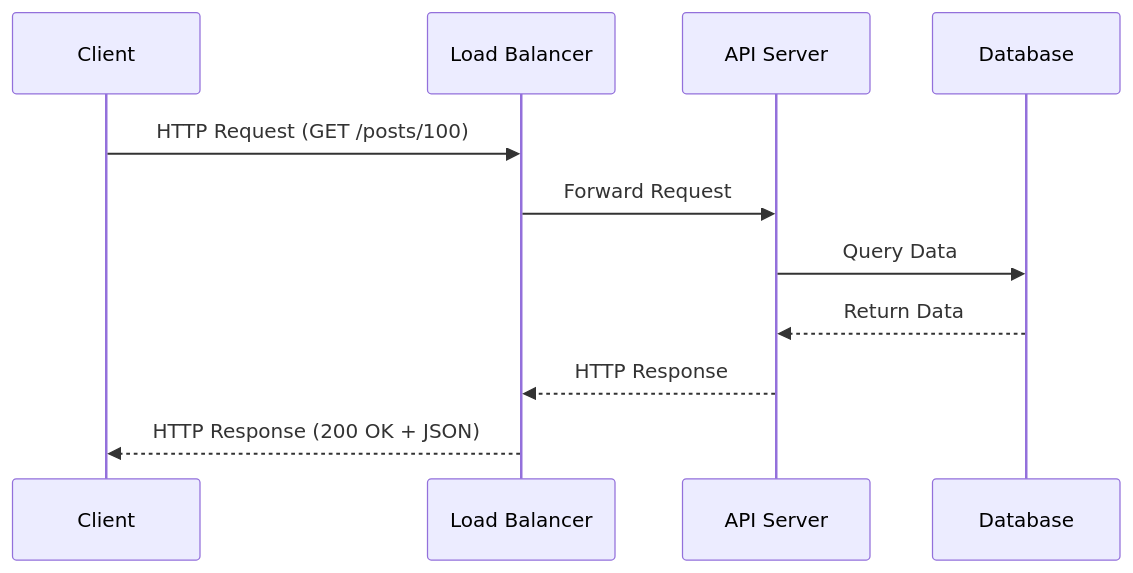
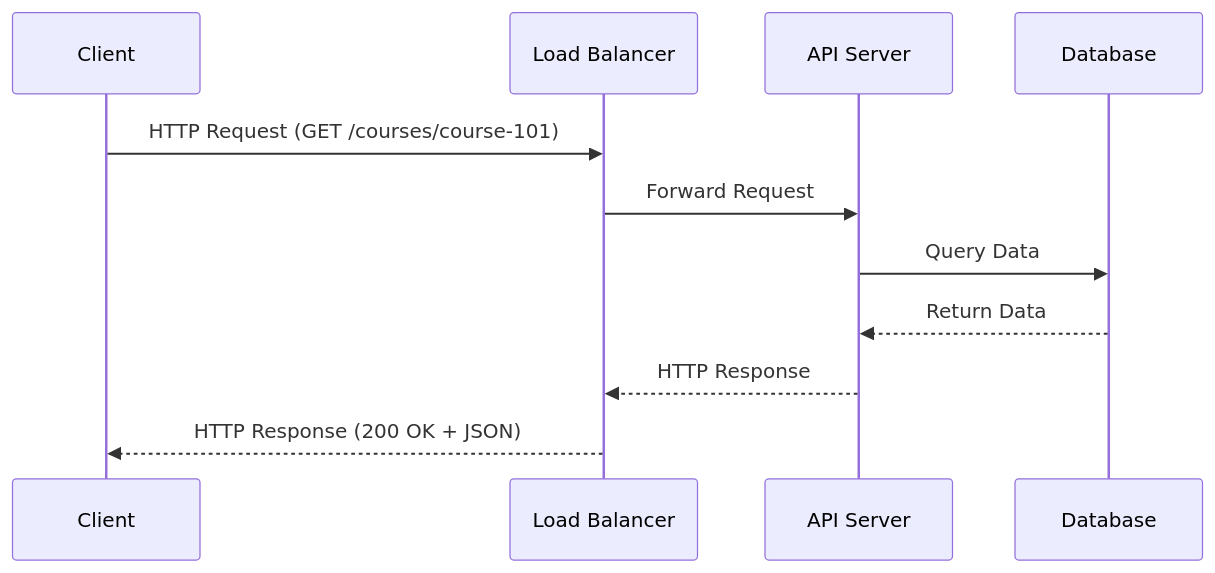
One commit to IRFAN2772/API-Communication changed the first of 6 diagrams in docs/01-REST-APIS.md. Above: the diagram before and after it, drawn with Mermaid. The commit also changed other lines of this file and 78 other files, not shown here.

````diff
--- a/docs/01-REST-APIS.md
+++ b/docs/01-REST-APIS.md
@@ -1004,14 +1009,14 @@
 ```mermaid
 sequenceDiagram
     participant C as Client
     participant LB as Load Balancer
     participant API as API Server
     participant DB as Database
 
-    C->>LB: HTTP Request (GET /posts/100)
+    C->>LB: HTTP Request (GET /courses/course-101)
     LB->>API: Forward Request
     API->>DB: Query Data
     DB-->>API: Return Data
     API-->>LB: HTTP Response
     LB-->>C: HTTP Response (200 OK + JSON)
 ```
````
